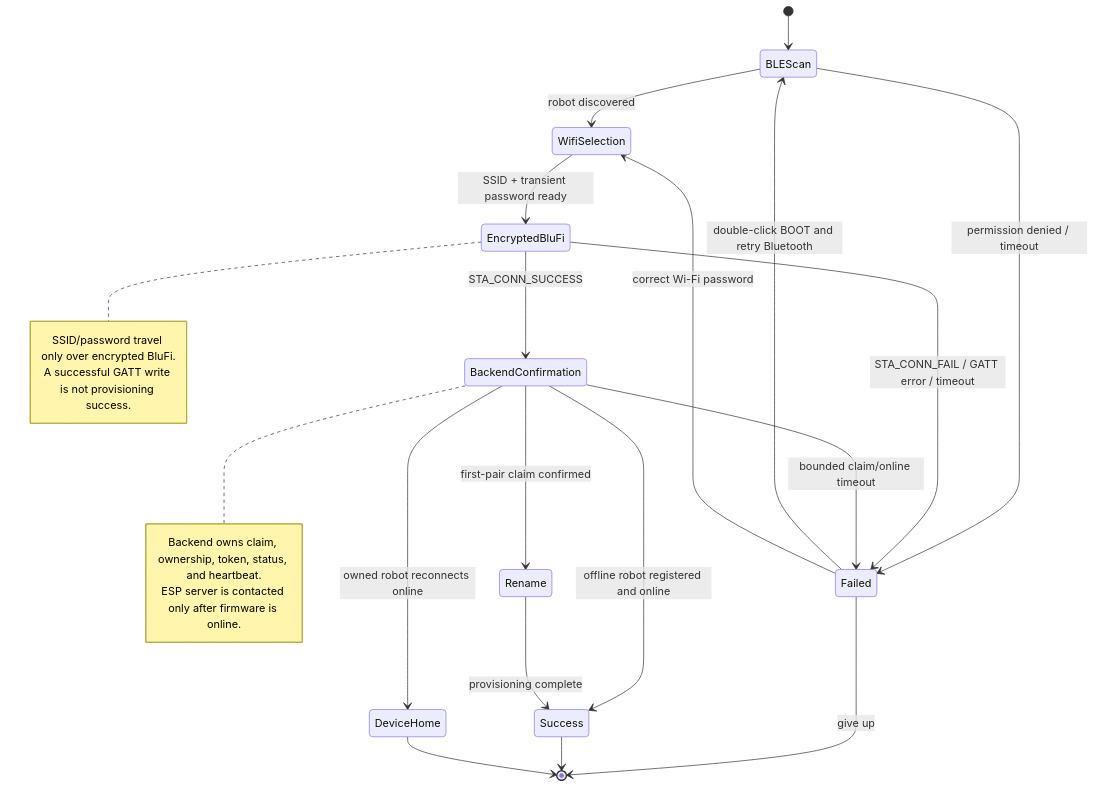
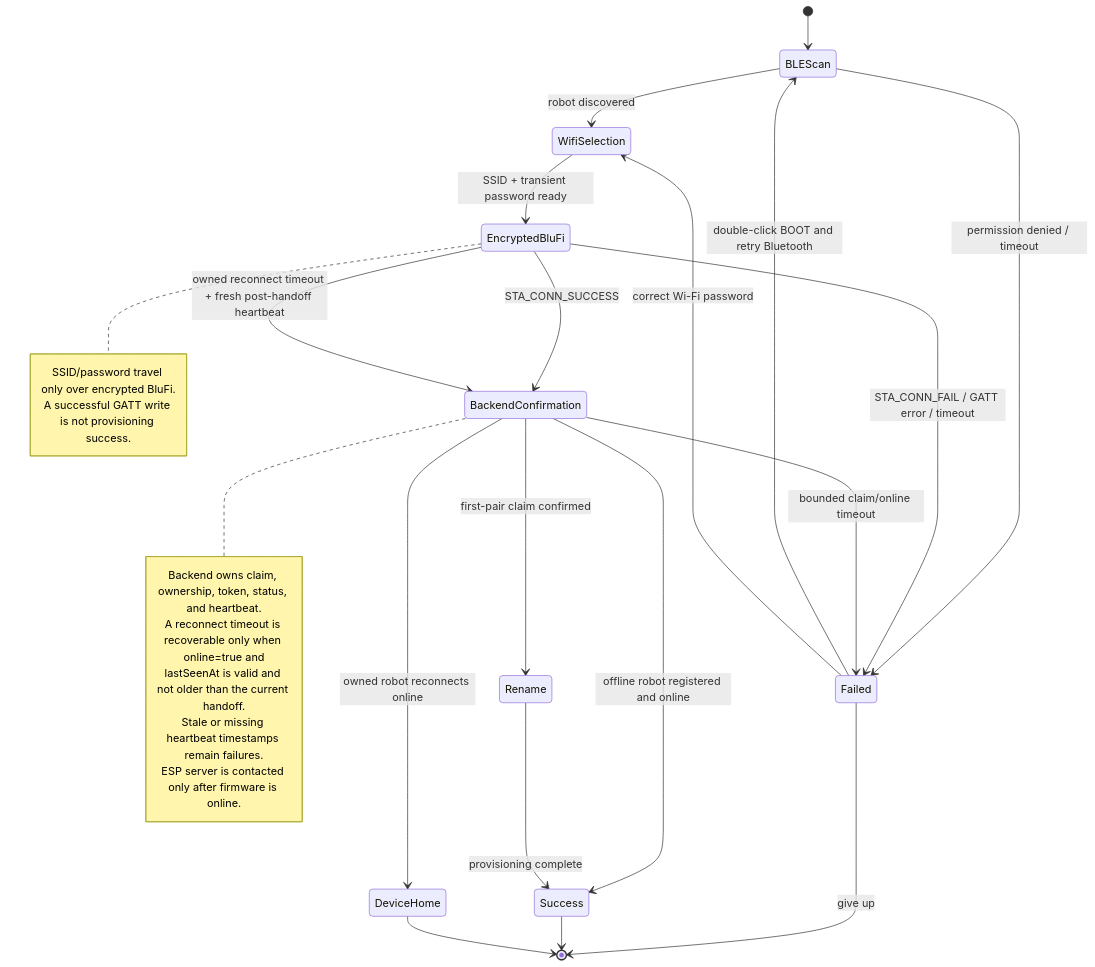
The diagram in migrate-ui-ux-to-mobile-app-docs/state-machines/device-pairing.state.mmd (JSR-Algo/TJBOT-Mobile), drawn with Mermaid before and after one commit. The commit also changed 3 other files, not shown here.

First line of the commit message:
fix(pairing): accept fresh online proof after BluFi timeout

```diff
--- a/migrate-ui-ux-to-mobile-app-docs/state-machines/device-pairing.state.mmd
+++ b/migrate-ui-ux-to-mobile-app-docs/state-machines/device-pairing.state.mmd
@@ -1,27 +1,31 @@
 stateDiagram-v2
     [*] --> BLEScan
     BLEScan --> WifiSelection: robot discovered
     BLEScan --> Failed: permission denied / timeout
     WifiSelection --> EncryptedBluFi: SSID + transient password ready
     EncryptedBluFi --> Failed: STA_CONN_FAIL / GATT error / timeout
     EncryptedBluFi --> BackendConfirmation: STA_CONN_SUCCESS
+    EncryptedBluFi --> BackendConfirmation: owned reconnect timeout + fresh post-handoff heartbeat
     BackendConfirmation --> Rename: first-pair claim confirmed
     BackendConfirmation --> Success: offline robot registered and online
     BackendConfirmation --> DeviceHome: owned robot reconnects online
     BackendConfirmation --> Failed: bounded claim/online timeout
     Failed --> BLEScan: double-click BOOT and retry Bluetooth
     Failed --> WifiSelection: correct Wi-Fi password
     Failed --> [*]: give up
     Rename --> Success: provisioning complete
     Success --> [*]
     DeviceHome --> [*]
 
     note right of EncryptedBluFi
       SSID/password travel only over encrypted BluFi.
       A successful GATT write is not provisioning success.
     end note
 
     note right of BackendConfirmation
       Backend owns claim, ownership, token, status, and heartbeat.
+      A reconnect timeout is recoverable only when online=true and
+      lastSeenAt is valid and not older than the current handoff.
+      Stale or missing heartbeat timestamps remain failures.
       ESP server is contacted only after firmware is online.
     end note
```
